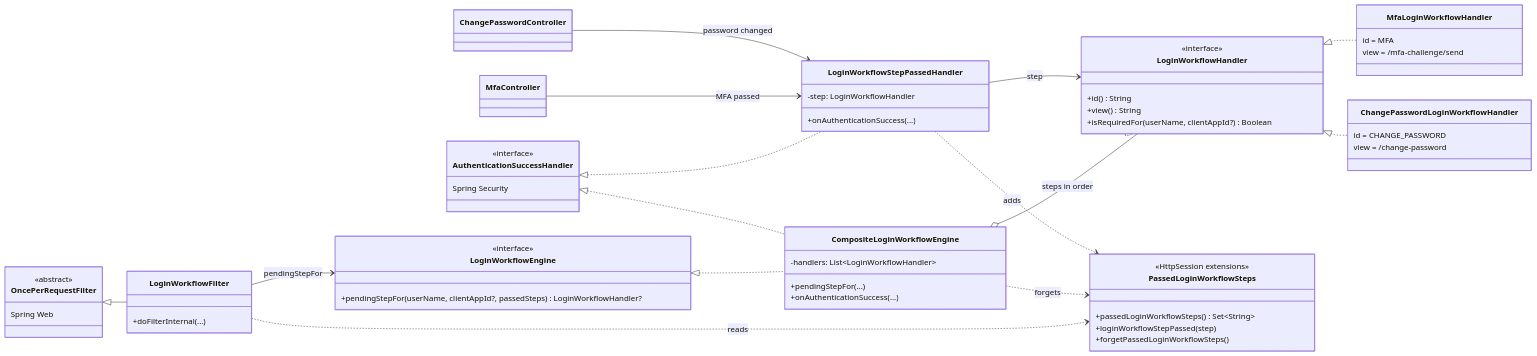
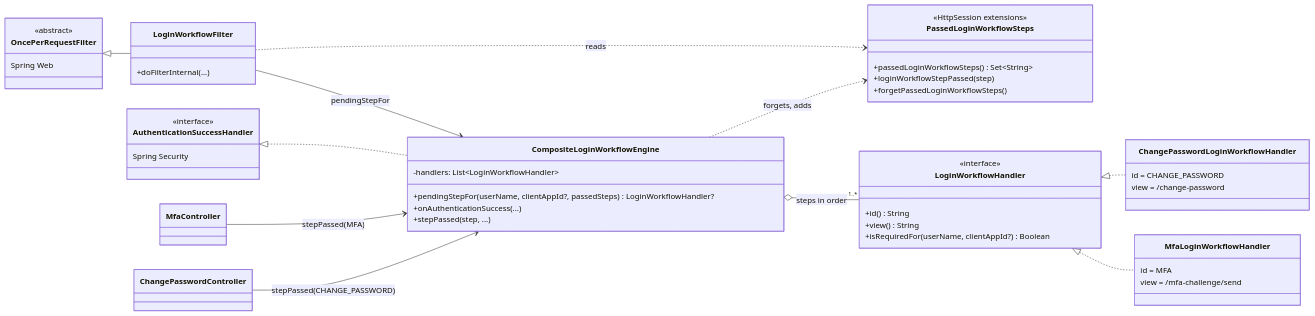
Before and after one commit to mrFlick72/vauthenticator: the first of 6 diagrams in auth-server/docs/login-workflow.md, drawn with Mermaid. The commit also changed other lines of this file and 13 other files, not shown here.

````diff
--- a/auth-server/docs/login-workflow.md
+++ b/auth-server/docs/login-workflow.md
@@ -36,66 +36,55 @@
 ```mermaid
 classDiagram
     direction LR
 
     class LoginWorkflowHandler {
         <<interface>>
         +id() String
         +view() String
         +isRequiredFor(userName, clientAppId?) Boolean
     }
     class MfaLoginWorkflowHandler {
         id = MFA
         view = /mfa-challenge/send
     }
     class ChangePasswordLoginWorkflowHandler {
         id = CHANGE_PASSWORD
         view = /change-password
     }
-    class LoginWorkflowEngine {
-        <<interface>>
-        +pendingStepFor(userName, clientAppId?, passedSteps) LoginWorkflowHandler?
-    }
     class CompositeLoginWorkflowEngine {
         -handlers: List~LoginWorkflowHandler~
-        +pendingStepFor(...)
+        +pendingStepFor(userName, clientAppId?, passedSteps) LoginWorkflowHandler?
         +onAuthenticationSuccess(...)
+        +stepPassed(step, ...)
     }
     class LoginWorkflowFilter {
         +doFilterInternal(...)
-    }
-    class LoginWorkflowStepPassedHandler {
-        -step: LoginWorkflowHandler
-        +onAuthenticationSuccess(...)
     }
     class AuthenticationSuccessHandler {
         <<interface>>
         Spring Security
     }
     class OncePerRequestFilter {
         <<abstract>>
         Spring Web
     }
     class PassedLoginWorkflowSteps {
         <<HttpSession extensions>>
         +passedLoginWorkflowSteps() Set~String~
         +loginWorkflowStepPassed(step)
         +forgetPassedLoginWorkflowSteps()
     }
     class MfaController
     class ChangePasswordController
 
     LoginWorkflowHandler <|.. MfaLoginWorkflowHandler
     LoginWorkflowHandler <|.. ChangePasswordLoginWorkflowHandler
-    LoginWorkflowEngine <|.. CompositeLoginWorkflowEngine
     AuthenticationSuccessHandler <|.. CompositeLoginWorkflowEngine
-    AuthenticationSuccessHandler <|.. LoginWorkflowStepPassedHandler
     OncePerRequestFilter <|-- LoginWorkflowFilter
     CompositeLoginWorkflowEngine o-- "1..*" LoginWorkflowHandler : steps in order
-    LoginWorkflowFilter --> LoginWorkflowEngine : pendingStepFor
+    LoginWorkflowFilter --> CompositeLoginWorkflowEngine : pendingStepFor
     LoginWorkflowFilter ..> PassedLoginWorkflowSteps : reads
-    CompositeLoginWorkflowEngine ..> PassedLoginWorkflowSteps : forgets
-    LoginWorkflowStepPassedHandler ..> PassedLoginWorkflowSteps : adds
-    LoginWorkflowStepPassedHandler --> LoginWorkflowHandler : step
-    MfaController --> LoginWorkflowStepPassedHandler : MFA passed
-    ChangePasswordController --> LoginWorkflowStepPassedHandler : password changed
+    CompositeLoginWorkflowEngine ..> PassedLoginWorkflowSteps : forgets, adds
+    MfaController --> CompositeLoginWorkflowEngine : stepPassed(MFA)
+    ChangePasswordController --> CompositeLoginWorkflowEngine : stepPassed(CHANGE_PASSWORD)
 ```
````
